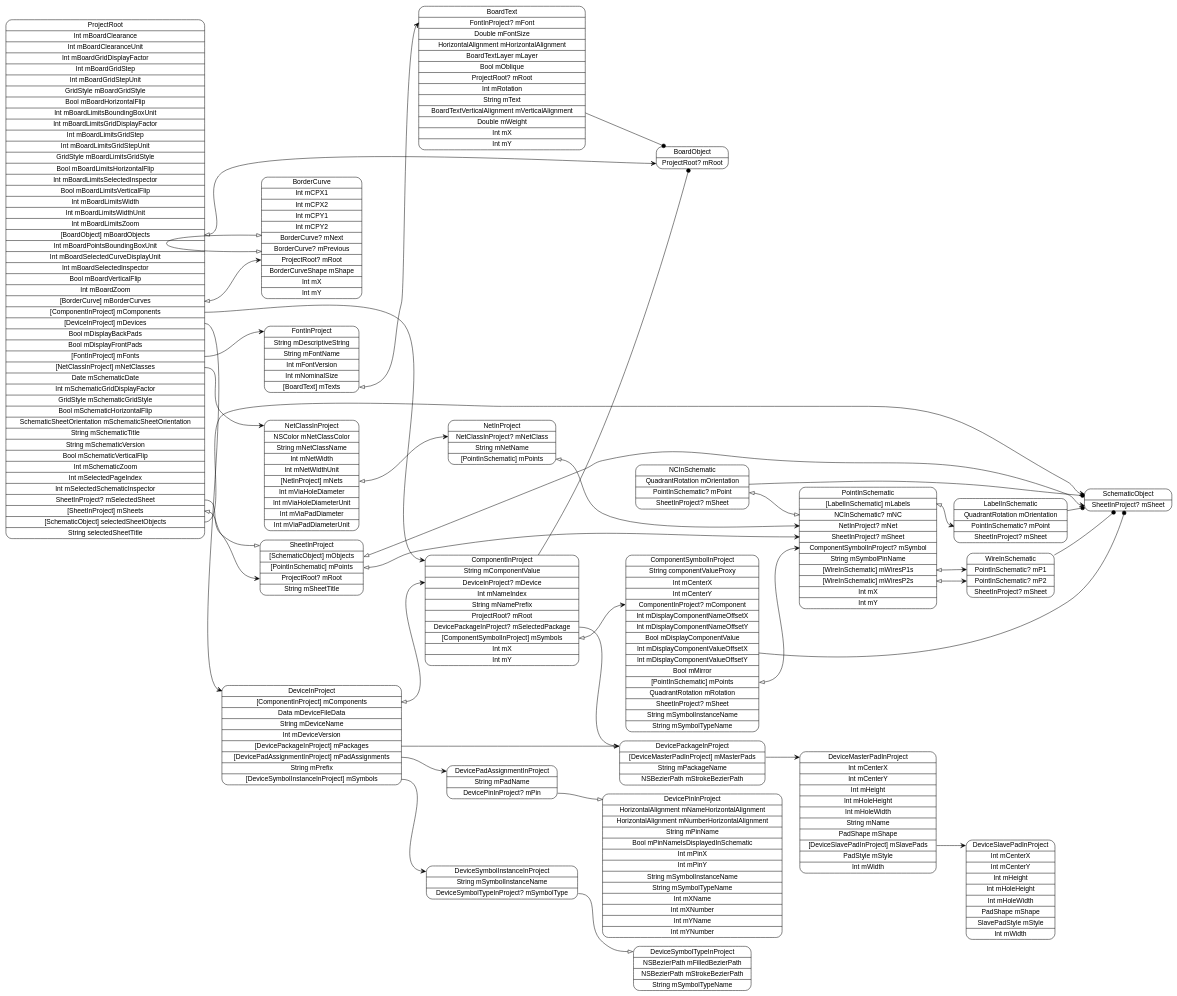
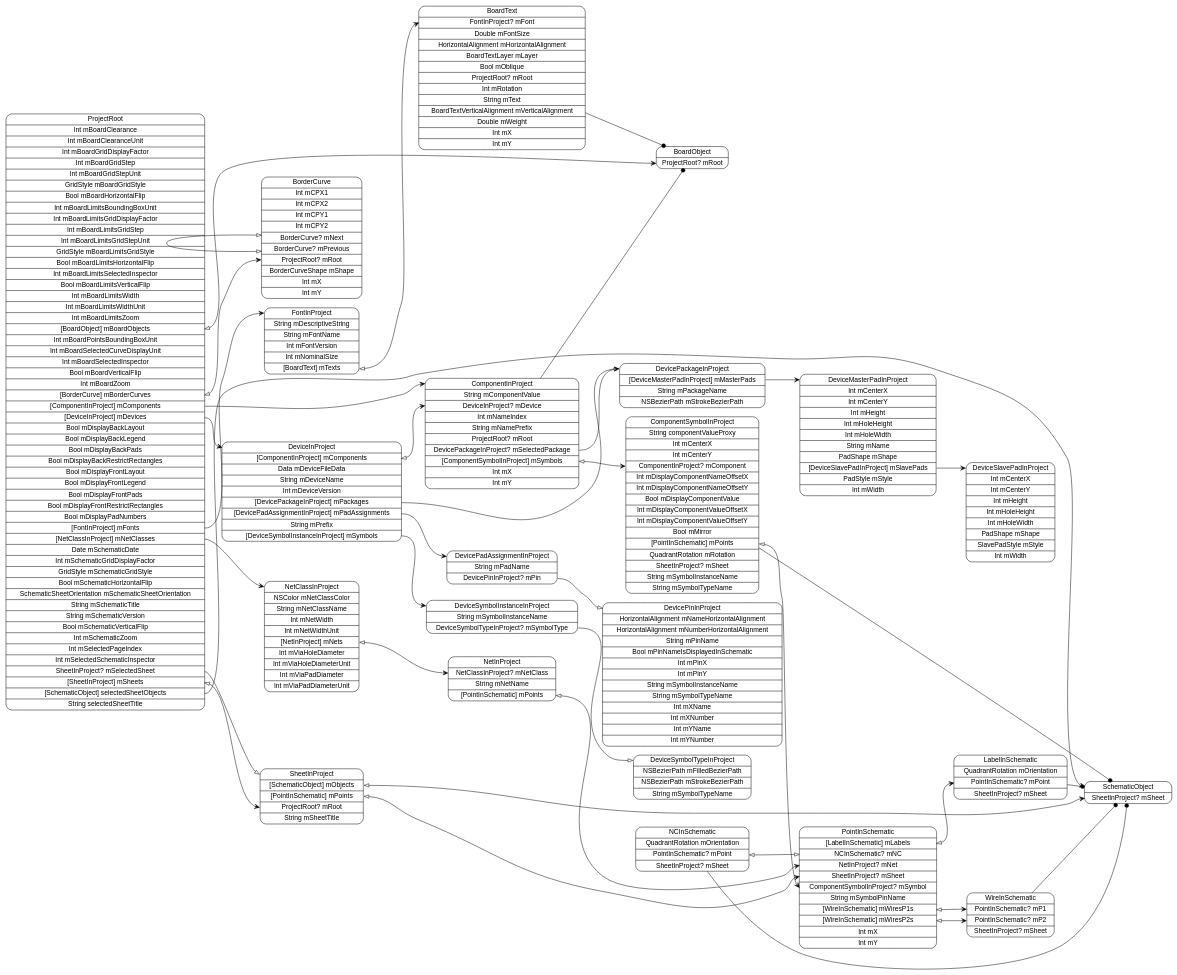
Before and after one commit to pierremolinaro/ElCanari-dev: the diagram in models/ProjectRoot.dot, drawn with Graphviz. The commit also changed 10 other files, not shown here.

Commit message:
Suite board display inspector

```diff
--- a/models/ProjectRoot.dot
+++ b/models/ProjectRoot.dot
@@ -1,63 +1,63 @@
 digraph G {
   rankdir=LR ;
   node [shape=record fontname=helvetica style=rounded] ;
-  ProjectRoot[label="<ProjectRoot>ProjectRoot|Int mBoardClearance|Int mBoardClearanceUnit|Int mBoardGridDisplayFactor|Int mBoardGridStep|Int mBoardGridStepUnit|GridStyle mBoardGridStyle|Bool mBoardHorizontalFlip|Int mBoardLimitsBoundingBoxUnit|Int mBoardLimitsGridDisplayFactor|Int mBoardLimitsGridStep|Int mBoardLimitsGridStepUnit|GridStyle mBoardLimitsGridStyle|Bool mBoardLimitsHorizontalFlip|Int mBoardLimitsSelectedInspector|Bool mBoardLimitsVerticalFlip|Int mBoardLimitsWidth|Int mBoardLimitsWidthUnit|Int mBoardLimitsZoom|<mBoardObjects>[BoardObject] mBoardObjects|Int mBoardPointsBoundingBoxUnit|Int mBoardSelectedCurveDisplayUnit|Int mBoardSelectedInspector|Bool mBoardVerticalFlip|Int mBoardZoom|<mBorderCurves>[BorderCurve] mBorderCurves|<mComponents>[ComponentInProject] mComponents|<mDevices>[DeviceInProject] mDevices|Bool mDisplayBackPads|Bool mDisplayFrontPads|<mFonts>[FontInProject] mFonts|<mNetClasses>[NetClassInProject] mNetClasses|Date mSchematicDate|Int mSchematicGridDisplayFactor|GridStyle mSchematicGridStyle|Bool mSchematicHorizontalFlip|SchematicSheetOrientation mSchematicSheetOrientation|String mSchematicTitle|String mSchematicVersion|Bool mSchematicVerticalFlip|Int mSchematicZoom|Int mSelectedPageIndex|Int mSelectedSchematicInspector|<mSelectedSheet>SheetInProject? mSelectedSheet|<mSheets>[SheetInProject] mSheets|<selectedSheetObjects>[SchematicObject] selectedSheetObjects|String selectedSheetTitle"] ;
+  ProjectRoot[label="<ProjectRoot>ProjectRoot|Int mBoardClearance|Int mBoardClearanceUnit|Int mBoardGridDisplayFactor|Int mBoardGridStep|Int mBoardGridStepUnit|GridStyle mBoardGridStyle|Bool mBoardHorizontalFlip|Int mBoardLimitsBoundingBoxUnit|Int mBoardLimitsGridDisplayFactor|Int mBoardLimitsGridStep|Int mBoardLimitsGridStepUnit|GridStyle mBoardLimitsGridStyle|Bool mBoardLimitsHorizontalFlip|Int mBoardLimitsSelectedInspector|Bool mBoardLimitsVerticalFlip|Int mBoardLimitsWidth|Int mBoardLimitsWidthUnit|Int mBoardLimitsZoom|<mBoardObjects>[BoardObject] mBoardObjects|Int mBoardPointsBoundingBoxUnit|Int mBoardSelectedCurveDisplayUnit|Int mBoardSelectedInspector|Bool mBoardVerticalFlip|Int mBoardZoom|<mBorderCurves>[BorderCurve] mBorderCurves|<mComponents>[ComponentInProject] mComponents|<mDevices>[DeviceInProject] mDevices|Bool mDisplayBackLayout|Bool mDisplayBackLegend|Bool mDisplayBackPads|Bool mDisplayBackRestrictRectangles|Bool mDisplayFrontLayout|Bool mDisplayFrontLegend|Bool mDisplayFrontPads|Bool mDisplayFrontRestrictRectangles|Bool mDisplayPadNumbers|<mFonts>[FontInProject] mFonts|<mNetClasses>[NetClassInProject] mNetClasses|Date mSchematicDate|Int mSchematicGridDisplayFactor|GridStyle mSchematicGridStyle|Bool mSchematicHorizontalFlip|SchematicSheetOrientation mSchematicSheetOrientation|String mSchematicTitle|String mSchematicVersion|Bool mSchematicVerticalFlip|Int mSchematicZoom|Int mSelectedPageIndex|Int mSelectedSchematicInspector|<mSelectedSheet>SheetInProject? mSelectedSheet|<mSheets>[SheetInProject] mSheets|<selectedSheetObjects>[SchematicObject] selectedSheetObjects|String selectedSheetTitle"] ;
   SchematicObject[label="<SchematicObject>SchematicObject|<mSheet>SheetInProject? mSheet"] ;
   SheetInProject[label="<SheetInProject>SheetInProject|<mObjects>[SchematicObject] mObjects|<mPoints>[PointInSchematic] mPoints|<mRoot>ProjectRoot? mRoot|String mSheetTitle"] ;
   PointInSchematic[label="<PointInSchematic>PointInSchematic|<mLabels>[LabelInSchematic] mLabels|<mNC>NCInSchematic? mNC|<mNet>NetInProject? mNet|<mSheet>SheetInProject? mSheet|<mSymbol>ComponentSymbolInProject? mSymbol|String mSymbolPinName|<mWiresP1s>[WireInSchematic] mWiresP1s|<mWiresP2s>[WireInSchematic] mWiresP2s|Int mX|Int mY"] ;
   WireInSchematic[label="<WireInSchematic>WireInSchematic|<mP1>PointInSchematic? mP1|<mP2>PointInSchematic? mP2|<mSheet>SheetInProject? mSheet"] ;
   NCInSchematic[label="<NCInSchematic>NCInSchematic|QuadrantRotation mOrientation|<mPoint>PointInSchematic? mPoint|<mSheet>SheetInProject? mSheet"] ;
   LabelInSchematic[label="<LabelInSchematic>LabelInSchematic|QuadrantRotation mOrientation|<mPoint>PointInSchematic? mPoint|<mSheet>SheetInProject? mSheet"] ;
   NetClassInProject[label="<NetClassInProject>NetClassInProject|NSColor mNetClassColor|String mNetClassName|Int mNetWidth|Int mNetWidthUnit|<mNets>[NetInProject] mNets|Int mViaHoleDiameter|Int mViaHoleDiameterUnit|Int mViaPadDiameter|Int mViaPadDiameterUnit"] ;
   NetInProject[label="<NetInProject>NetInProject|<mNetClass>NetClassInProject? mNetClass|String mNetName|<mPoints>[PointInSchematic] mPoints"] ;
   FontInProject[label="<FontInProject>FontInProject|String mDescriptiveString|String mFontName|Int mFontVersion|Int mNominalSize|<mTexts>[BoardText] mTexts"] ;
   BoardText[label="<BoardText>BoardText|<mFont>FontInProject? mFont|Double mFontSize|HorizontalAlignment mHorizontalAlignment|BoardTextLayer mLayer|Bool mOblique|<mRoot>ProjectRoot? mRoot|Int mRotation|String mText|BoardTextVerticalAlignment mVerticalAlignment|Double mWeight|Int mX|Int mY"] ;
   DeviceInProject[label="<DeviceInProject>DeviceInProject|<mComponents>[ComponentInProject] mComponents|Data mDeviceFileData|String mDeviceName|Int mDeviceVersion|<mPackages>[DevicePackageInProject] mPackages|<mPadAssignments>[DevicePadAssignmentInProject] mPadAssignments|String mPrefix|<mSymbols>[DeviceSymbolInstanceInProject] mSymbols"] ;
   DeviceSymbolInstanceInProject[label="<DeviceSymbolInstanceInProject>DeviceSymbolInstanceInProject|String mSymbolInstanceName|<mSymbolType>DeviceSymbolTypeInProject? mSymbolType"] ;
   DeviceSymbolTypeInProject[label="<DeviceSymbolTypeInProject>DeviceSymbolTypeInProject|NSBezierPath mFilledBezierPath|NSBezierPath mStrokeBezierPath|String mSymbolTypeName"] ;
   DevicePadAssignmentInProject[label="<DevicePadAssignmentInProject>DevicePadAssignmentInProject|String mPadName|<mPin>DevicePinInProject? mPin"] ;
   DevicePinInProject[label="<DevicePinInProject>DevicePinInProject|HorizontalAlignment mNameHorizontalAlignment|HorizontalAlignment mNumberHorizontalAlignment|String mPinName|Bool mPinNameIsDisplayedInSchematic|Int mPinX|Int mPinY|String mSymbolInstanceName|String mSymbolTypeName|Int mXName|Int mXNumber|Int mYName|Int mYNumber"] ;
   DevicePackageInProject[label="<DevicePackageInProject>DevicePackageInProject|<mMasterPads>[DeviceMasterPadInProject] mMasterPads|String mPackageName|NSBezierPath mStrokeBezierPath"] ;
   DeviceMasterPadInProject[label="<DeviceMasterPadInProject>DeviceMasterPadInProject|Int mCenterX|Int mCenterY|Int mHeight|Int mHoleHeight|Int mHoleWidth|String mName|PadShape mShape|<mSlavePads>[DeviceSlavePadInProject] mSlavePads|PadStyle mStyle|Int mWidth"] ;
   DeviceSlavePadInProject[label="<DeviceSlavePadInProject>DeviceSlavePadInProject|Int mCenterX|Int mCenterY|Int mHeight|Int mHoleHeight|Int mHoleWidth|PadShape mShape|SlavePadStyle mStyle|Int mWidth"] ;
   ComponentInProject[label="<ComponentInProject>ComponentInProject|String mComponentValue|<mDevice>DeviceInProject? mDevice|Int mNameIndex|String mNamePrefix|<mRoot>ProjectRoot? mRoot|<mSelectedPackage>DevicePackageInProject? mSelectedPackage|<mSymbols>[ComponentSymbolInProject] mSymbols|Int mX|Int mY"] ;
   ComponentSymbolInProject[label="<ComponentSymbolInProject>ComponentSymbolInProject|String componentValueProxy|Int mCenterX|Int mCenterY|<mComponent>ComponentInProject? mComponent|Int mDisplayComponentNameOffsetX|Int mDisplayComponentNameOffsetY|Bool mDisplayComponentValue|Int mDisplayComponentValueOffsetX|Int mDisplayComponentValueOffsetY|Bool mMirror|<mPoints>[PointInSchematic] mPoints|QuadrantRotation mRotation|<mSheet>SheetInProject? mSheet|String mSymbolInstanceName|String mSymbolTypeName"] ;
   BorderCurve[label="<BorderCurve>BorderCurve|Int mCPX1|Int mCPX2|Int mCPY1|Int mCPY2|<mNext>BorderCurve? mNext|<mPrevious>BorderCurve? mPrevious|<mRoot>ProjectRoot? mRoot|BorderCurveShape mShape|Int mX|Int mY"] ;
   BoardObject[label="<BoardObject>BoardObject|<mRoot>ProjectRoot? mRoot"] ;
   ProjectRoot:mBoardObjects -> BoardObject:mRoot [dir=both arrowtail=onormal arrowhead=vee] ;
   ProjectRoot:mBorderCurves -> BorderCurve:mRoot [dir=both arrowtail=onormal arrowhead=vee] ;
   ProjectRoot:mComponents -> ComponentInProject:ComponentInProject [dir=both arrowtail=none arrowhead=vee] ;
   ProjectRoot:mDevices -> DeviceInProject:DeviceInProject [dir=both arrowtail=none arrowhead=vee] ;
   ProjectRoot:mFonts -> FontInProject:FontInProject [dir=both arrowtail=none arrowhead=vee] ;
   ProjectRoot:mNetClasses -> NetClassInProject:NetClassInProject [dir=both arrowtail=none arrowhead=vee] ;
   ProjectRoot:mSelectedSheet -> SheetInProject:SheetInProject [dir=both arrowtail=none arrowhead=onormal] ;
   ProjectRoot:mSheets -> SheetInProject:mRoot [dir=both arrowtail=onormal arrowhead=vee] ;
   ProjectRoot:selectedSheetObjects -> SchematicObject:SchematicObject [dir=both arrowtail=none arrowhead=vee] ;
   SheetInProject:mObjects -> SchematicObject:mSheet [dir=both arrowtail=onormal arrowhead=vee] ;
   SheetInProject:mPoints -> PointInSchematic:mSheet [dir=both arrowtail=onormal arrowhead=vee] ;
   PointInSchematic:mLabels -> LabelInSchematic:mPoint [dir=both arrowtail=onormal arrowhead=vee] ;
   PointInSchematic:mWiresP1s -> WireInSchematic:mP1 [dir=both arrowtail=onormal arrowhead=vee] ;
   PointInSchematic:mWiresP2s -> WireInSchematic:mP2 [dir=both arrowtail=onormal arrowhead=vee] ;
   WireInSchematic -> SchematicObject [arrowhead=dot] ;
   NCInSchematic -> SchematicObject [arrowhead=dot] ;
   NCInSchematic:mPoint -> PointInSchematic:mNC [dir=both arrowtail=onormal arrowhead=onormal] ;
   LabelInSchematic -> SchematicObject [arrowhead=dot] ;
   NetClassInProject:mNets -> NetInProject:mNetClass [dir=both arrowtail=onormal arrowhead=vee] ;
   NetInProject:mPoints -> PointInSchematic:mNet [dir=both arrowtail=onormal arrowhead=vee] ;
   FontInProject:mTexts -> BoardText:mFont [dir=both arrowtail=onormal arrowhead=vee] ;
   BoardText -> BoardObject [arrowhead=dot] ;
   DeviceInProject:mComponents -> ComponentInProject:mDevice [dir=both arrowtail=onormal arrowhead=vee] ;
   DeviceInProject:mPackages -> DevicePackageInProject:DevicePackageInProject [dir=both arrowtail=none arrowhead=vee] ;
   DeviceInProject:mPadAssignments -> DevicePadAssignmentInProject:DevicePadAssignmentInProject [dir=both arrowtail=none arrowhead=vee] ;
   DeviceInProject:mSymbols -> DeviceSymbolInstanceInProject:DeviceSymbolInstanceInProject [dir=both arrowtail=none arrowhead=vee] ;
   DeviceSymbolInstanceInProject:mSymbolType -> DeviceSymbolTypeInProject:DeviceSymbolTypeInProject [dir=both arrowtail=none arrowhead=onormal] ;
   DevicePadAssignmentInProject:mPin -> DevicePinInProject:DevicePinInProject [dir=both arrowtail=none arrowhead=onormal] ;
   DevicePackageInProject:mMasterPads -> DeviceMasterPadInProject:DeviceMasterPadInProject [dir=both arrowtail=none arrowhead=vee] ;
   DeviceMasterPadInProject:mSlavePads -> DeviceSlavePadInProject:DeviceSlavePadInProject [dir=both arrowtail=none arrowhead=vee] ;
   ComponentInProject -> BoardObject [arrowhead=dot] ;
   ComponentInProject:mSelectedPackage -> DevicePackageInProject:DevicePackageInProject [dir=both arrowtail=none arrowhead=onormal] ;
   ComponentInProject:mSymbols -> ComponentSymbolInProject:mComponent [dir=both arrowtail=onormal arrowhead=vee] ;
   ComponentSymbolInProject -> SchematicObject [arrowhead=dot] ;
   ComponentSymbolInProject:mPoints -> PointInSchematic:mSymbol [dir=both arrowtail=onormal arrowhead=vee] ;
   BorderCurve:mPrevious -> BorderCurve:mNext [dir=both arrowtail=onormal arrowhead=onormal] ;
 }
```
